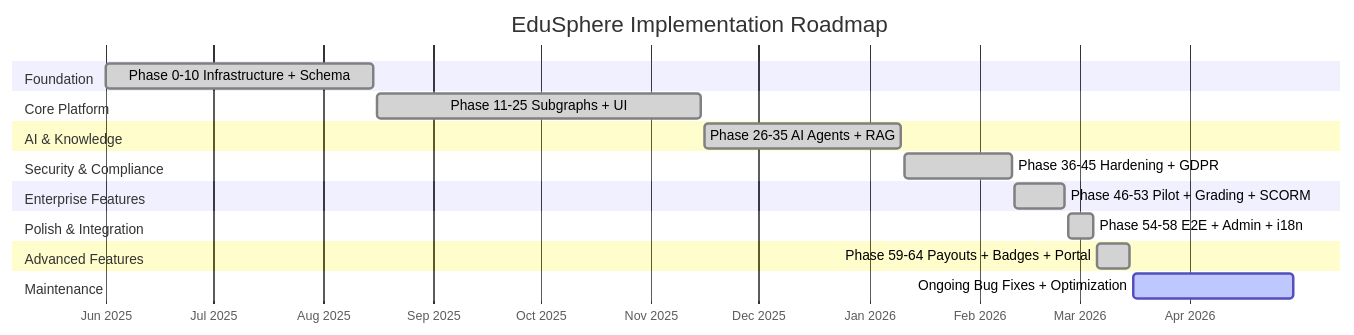
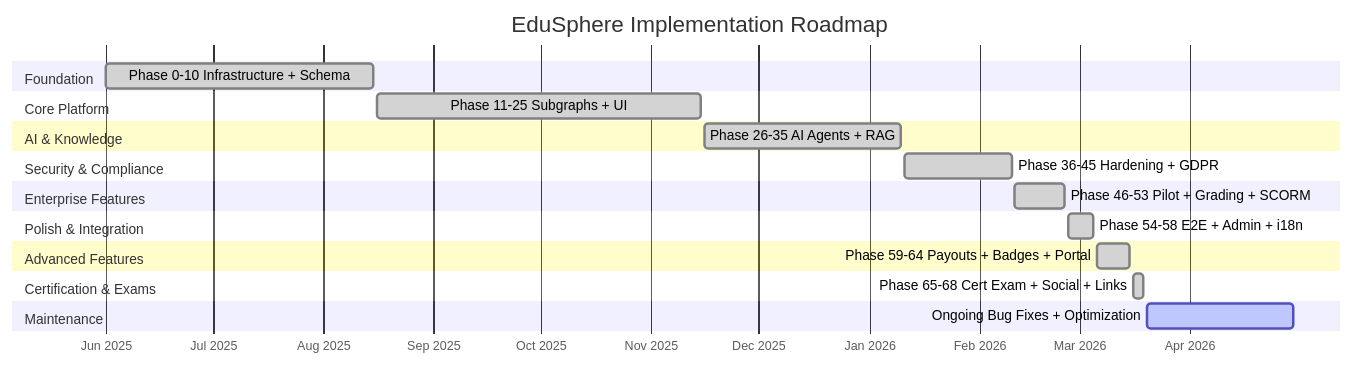
One commit to TalWayn72/EduSphere changed the first of 4 diagrams in IMPLEMENTATION_ROADMAP.md. Above: the diagram before and after it, drawn with Mermaid. The commit also changed other lines of this file and 154 other files, not shown here.

First line of the commit message:
feat(exam): F-065 — Certification Exam System with CAT + AI generation + psychometrics

````diff
--- a/IMPLEMENTATION_ROADMAP.md
+++ b/IMPLEMENTATION_ROADMAP.md
@@ -22,30 +22,33 @@
 ```mermaid
 gantt
     title EduSphere Implementation Roadmap
     dateFormat YYYY-MM-DD
     axisFormat %b %Y
 
     section Foundation
         Phase 0-10 Infrastructure + Schema: done, p0, 2025-06-01, 2025-08-15
 
     section Core Platform
         Phase 11-25 Subgraphs + UI: done, p1, 2025-08-16, 2025-11-15
 
     section AI & Knowledge
         Phase 26-35 AI Agents + RAG: done, p2, 2025-11-16, 2026-01-10
 
     section Security & Compliance
         Phase 36-45 Hardening + GDPR: done, p3, 2026-01-11, 2026-02-10
 
     section Enterprise Features
         Phase 46-53 Pilot + Grading + SCORM: done, p4, 2026-02-11, 2026-02-25
 
     section Polish & Integration
         Phase 54-58 E2E + Admin + i18n: done, p5, 2026-02-26, 2026-03-05
 
     section Advanced Features
         Phase 59-64 Payouts + Badges + Portal: done, p6, 2026-03-06, 2026-03-15
 
+    section Certification & Exams
+        Phase 65-68 Cert Exam + Social + Links: done, p7, 2026-03-16, 2026-03-19
+
     section Maintenance
-        Ongoing Bug Fixes + Optimization: active, p7, 2026-03-16, 2026-04-30
+        Ongoing Bug Fixes + Optimization: active, p8, 2026-03-20, 2026-04-30
 ```
````
